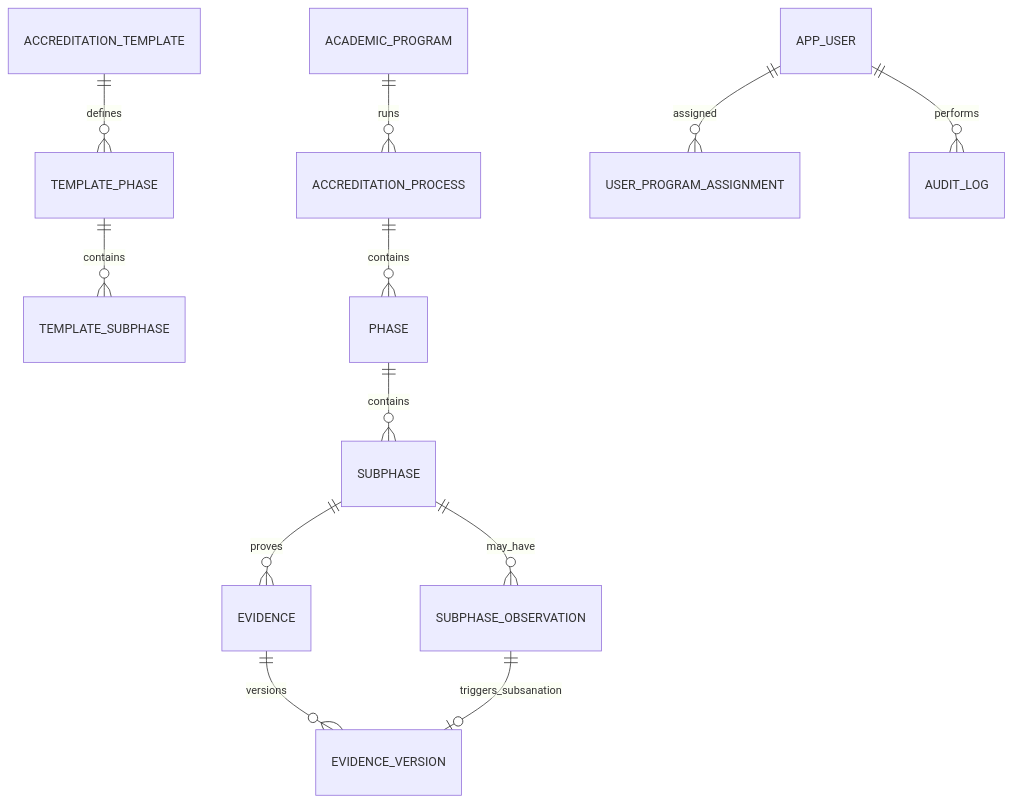
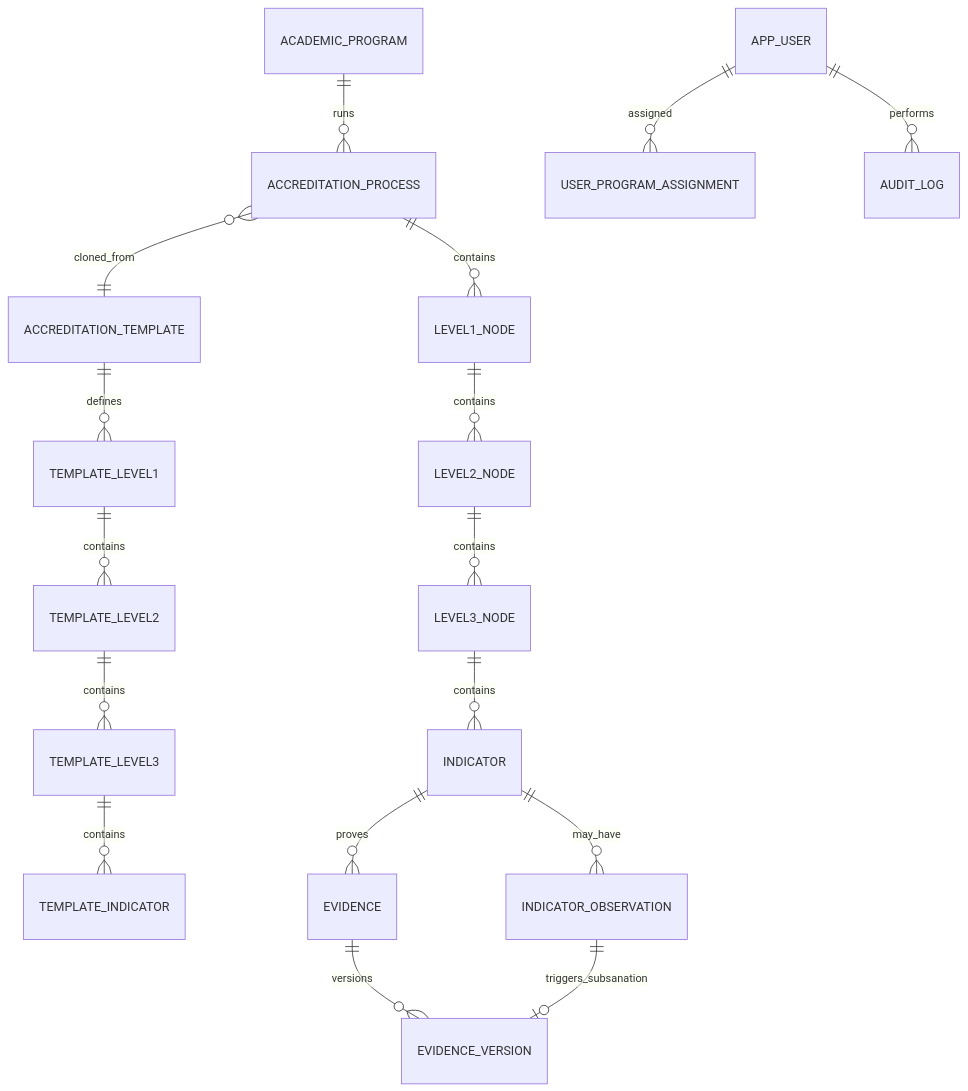
The diagram in docs/product/modelo_datos.md (AcredIA-UMSS/sigesa-acreditacion-umss), drawn with Mermaid before and after one commit. The commit also changed other lines of this file and 162 other files, not shown here.

````diff
--- a/docs/product/modelo_datos.md
+++ b/docs/product/modelo_datos.md
@@ -31,14 +36,19 @@
 ```mermaid
 erDiagram
   ACADEMIC_PROGRAM ||--o{ ACCREDITATION_PROCESS : runs
-  ACCREDITATION_TEMPLATE ||--o{ TEMPLATE_PHASE : defines
-  TEMPLATE_PHASE ||--o{ TEMPLATE_SUBPHASE : contains
-  ACCREDITATION_PROCESS ||--o{ PHASE : contains
-  PHASE ||--o{ SUBPHASE : contains
-  SUBPHASE ||--o{ EVIDENCE : proves
-  SUBPHASE ||--o{ SUBPHASE_OBSERVATION : may_have
+  ACCREDITATION_TEMPLATE ||--o{ TEMPLATE_LEVEL1 : defines
+  TEMPLATE_LEVEL1 ||--o{ TEMPLATE_LEVEL2 : contains
+  TEMPLATE_LEVEL2 ||--o{ TEMPLATE_LEVEL3 : contains
+  TEMPLATE_LEVEL3 ||--o{ TEMPLATE_INDICATOR : contains
+  ACCREDITATION_PROCESS ||--o{ LEVEL1_NODE : contains
+  LEVEL1_NODE ||--o{ LEVEL2_NODE : contains
+  LEVEL2_NODE ||--o{ LEVEL3_NODE : contains
+  LEVEL3_NODE ||--o{ INDICATOR : contains
+  INDICATOR ||--o{ EVIDENCE : proves
+  INDICATOR ||--o{ INDICATOR_OBSERVATION : may_have
   EVIDENCE ||--o{ EVIDENCE_VERSION : versions
-  SUBPHASE_OBSERVATION ||--o| EVIDENCE_VERSION : triggers_subsanation
+  INDICATOR_OBSERVATION ||--o| EVIDENCE_VERSION : triggers_subsanation
   APP_USER ||--o{ USER_PROGRAM_ASSIGNMENT : assigned
   APP_USER ||--o{ AUDIT_LOG : performs
+  ACCREDITATION_PROCESS }o--|| ACCREDITATION_TEMPLATE : cloned_from
 ```
````
